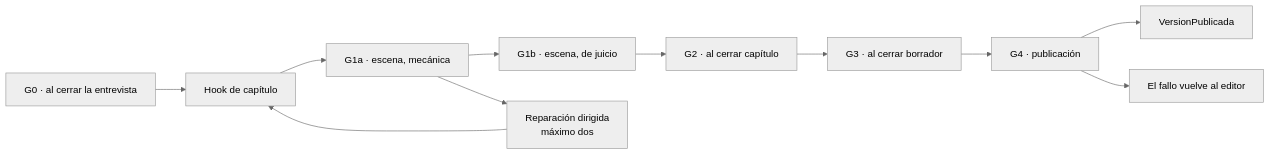
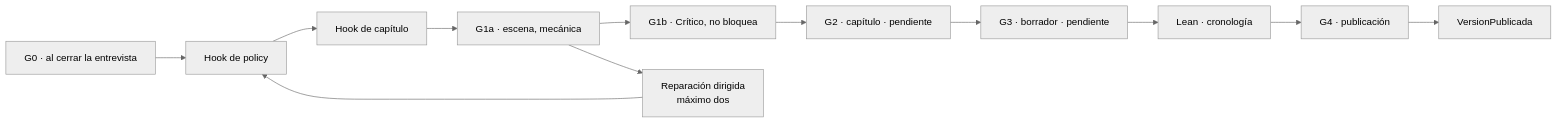
Before and after one commit to maujimenez4/ciberpunk-storymaker: the seventh of 8 diagrams in docs/proceso/diagramas.md, drawn with Mermaid (neutral theme). The commit also changed other lines of this file and 2 other files, not shown here.

````diff
--- a/docs/proceso/diagramas.md
+++ b/docs/proceso/diagramas.md
@@ -260,13 +400,14 @@
 ```mermaid
 flowchart LR
-  G0["G0 · al cerrar la entrevista"] --> HK["Hook de capítulo"]
+  G0["G0 · al cerrar la entrevista"] --> POL["Hook de policy"]
+  POL --> HK["Hook de capítulo"]
   HK --> G1A["G1a · escena, mecánica"]
-  G1A --> G1B["G1b · escena, de juicio"]
-  G1B --> G2["G2 · al cerrar capítulo"]
-  G2 --> G3["G3 · al cerrar borrador"]
-  G3 --> G4["G4 · publicación"]
+  G1A --> G1B["G1b · Crítico, no bloquea"]
+  G1A --> REP["Reparación dirigida<br/>máximo dos"]
+  REP --> POL
+  G1B --> G2["G2 · capítulo · pendiente"]
+  G2 --> G3["G3 · borrador · pendiente"]
+  G3 --> LEAN["Lean · cronología"]
+  LEAN --> G4["G4 · publicación"]
   G4 --> PUB["VersionPublicada"]
-  G1A --> REP["Reparación dirigida<br/>máximo dos"]
-  REP --> HK
-  G4 --> EDI["El fallo vuelve al editor"]
 ```
````
